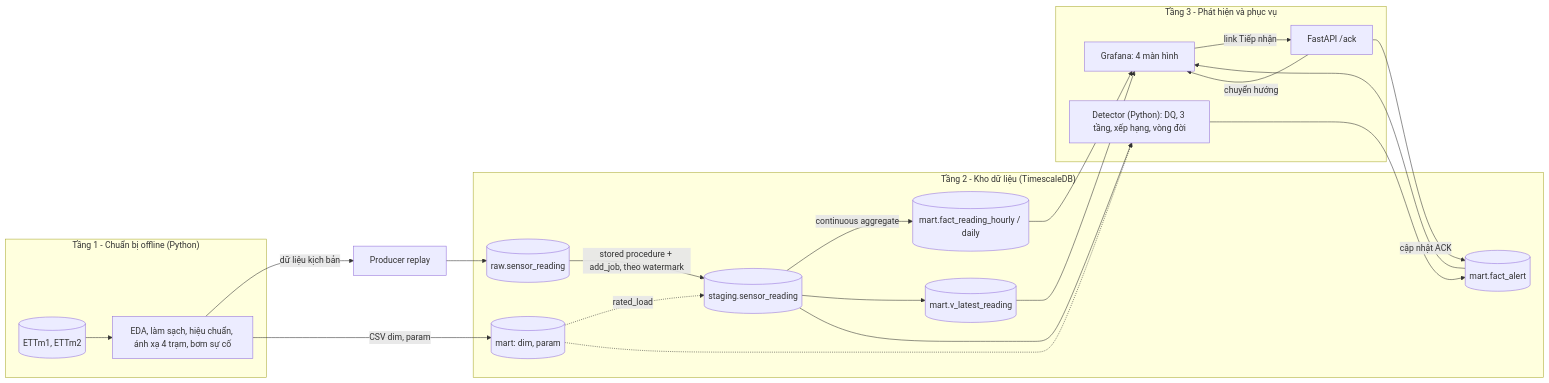
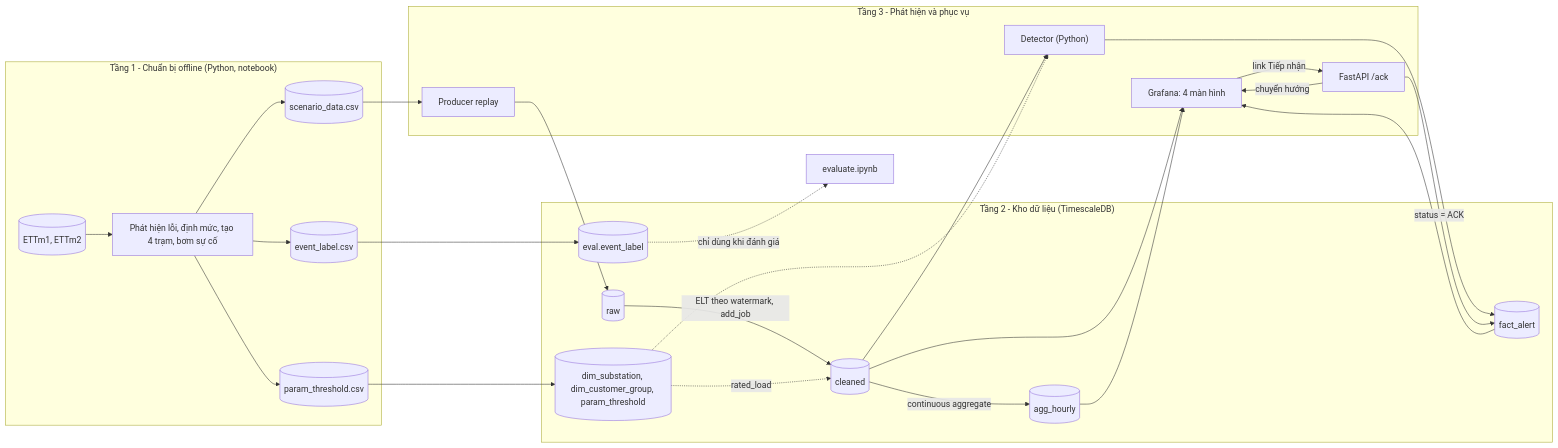
The diagram in docs/architecture.md (CkoThuw11/Energy-IoT-Obs-System), drawn with Mermaid before and after one commit. The commit also changed other lines of this file and 15 other files, not shown here.

Commit message:
Modify Schemas

````diff
--- a/docs/architecture.md
+++ b/docs/architecture.md
@@ -6,38 +6,42 @@
 ```mermaid
 flowchart LR
-    subgraph T1["Tầng 1 - Chuẩn bị offline (Python)"]
-        CSV[("ETTm1, ETTm2")] --> PREP["EDA, làm sạch, hiệu chuẩn, ánh xạ 4 trạm, bơm sự cố"]
+    subgraph T1["Tầng 1 - Chuẩn bị offline (Python, notebook)"]
+        ETT[("ETTm1, ETTm2")] --> PREP["Phát hiện lỗi, định mức, tạo 4 trạm, bơm sự cố"]
+        PREP --> SCEN[("scenario_data.csv")]
+        PREP --> PAR[("param_threshold.csv")]
+        PREP --> LAB[("event_label.csv")]
     end
 
     subgraph T2["Tầng 2 - Kho dữ liệu (TimescaleDB)"]
-        RAW[("raw.sensor_reading")]
-        STG[("staging.sensor_reading")]
-        REF[("mart: dim, param")]
-        AGG[("mart.fact_reading_hourly / daily")]
-        ALERT[("mart.fact_alert")]
-        VIEW[("mart.v_latest_reading")]
-        RAW -->|"stored procedure + add_job, theo watermark"| STG
-        REF -.->|"rated_load"| STG
-        STG -->|"continuous aggregate"| AGG
-        STG --> VIEW
+        RAW[("raw")]
+        CLN[("cleaned")]
+        AGG[("agg_hourly")]
+        DIM[("dim_substation, dim_customer_group, param_threshold")]
+        ALERT[("fact_alert")]
+        EVAL[("eval.event_label")]
+        RAW -->|"ELT theo watermark, add_job"| CLN
+        DIM -.->|"rated_load"| CLN
+        CLN -->|"continuous aggregate"| AGG
     end
 
     subgraph T3["Tầng 3 - Phát hiện và phục vụ"]
-        DET["Detector (Python): DQ, 3 tầng, xếp hạng, vòng đời"]
+        PROD["Producer replay"]
+        DET["Detector (Python)"]
         GRAF["Grafana: 4 màn hình"]
         API["FastAPI /ack"]
     end
 
-    PREP -->|"dữ liệu kịch bản"| PROD["Producer replay"]
-    PREP -->|"CSV dim, param"| REF
-    PROD --> RAW
-    STG --> DET
-    REF -.-> DET
+    SCEN --> PROD --> RAW
+    PAR --> DIM
+    LAB --> EVAL
+    CLN --> DET
+    DIM -.-> DET
     DET --> ALERT
-    VIEW --> GRAF
+    CLN --> GRAF
     AGG --> GRAF
     ALERT --> GRAF
     GRAF -->|"link Tiếp nhận"| API
-    API -->|"cập nhật ACK"| ALERT
+    API -->|"status = ACK"| ALERT
     API -->|"chuyển hướng"| GRAF
+    EVAL -.->|"chỉ dùng khi đánh giá"| EV["evaluate.ipynb"]
 ```
````
